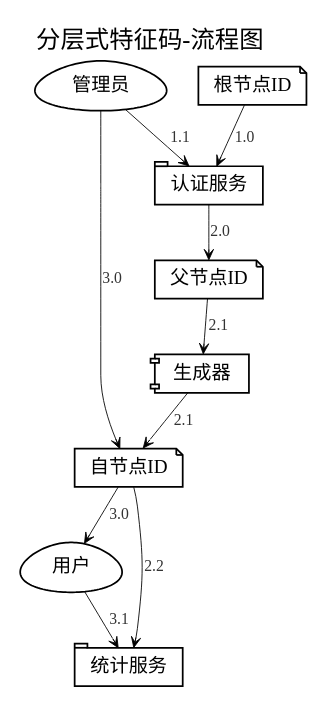
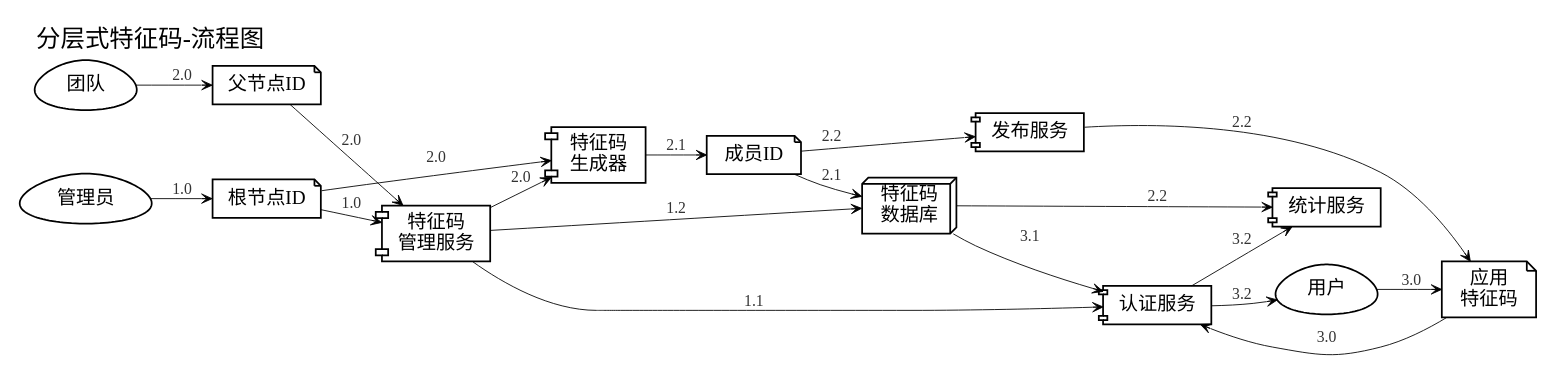
One commit to ZoomQuiet/zoomquiet.tangle changed the diagram in dot/drm4k/lb-uuid-levels.dot. Above: the diagram before and after it, drawn with Graphviz. The commit also changed 2 other files, not shown here.

```diff
--- a/dot/drm4k/lb-uuid-levels.dot
+++ b/dot/drm4k/lb-uuid-levels.dot
@@ -1,86 +1,98 @@
     /*生成命令:
-$ fdp -Tpng lb-uuid-levels.dot -o lb-lb-uuid-levels.png
+$ fdp -Tpng lb-uuid-levels.dot -o lb-uuid-levels.png
  -Tcmapx -o lb-crx-roles.map
     全局设定
     plaintext
 {{{#!GraphViz dot
     */
 
 digraph G4LBuuidLevels {
     /*全局设定*/
     graph [label="分层式特征码-流程图"
         ,fontsize=14.0
         ,fontname="WenQuanYi Micro Hei"
         ,labeljust="l",labelloc="t",center=1
         ,ranksep=0.3,center=1,ratio=compress
-        ,rankdir=TB
+        ,rankdir=LR
         ];
 
     node[fontsize=11.0,height=0.3
         ,fontname="WenQuanYi Micro Hei"
         ,shape=component 
         ];
 
     edge [fontsize=9.0,fontcolor="#333333"
         ,fontname="WenQuanYi Micro Hei"
         ,arrowsize=0.6,arrowhead=vee,arrowtail=none
         ,style="setlinewidth(0.5)"
         ];
 /*
     src [label="源码",shape=ellipse,style="filled,dashed,setlinewidth(5)"
         ,color="#333333",fillcolor=dimgray
         ,URL="http://code.google.com/p/zoomquiet/source/browse/dot/obp/csdndr1-km.dot?repo=tangle"];
     /*图元声明
     start       [label="流程开始/结束",shape=point];
     end         [label="",shape=doublecircle,fillcolor=red];
 
     box         [label="实体/对象",shape=box];
     ellipse     [label="行动/节点",shape=ellipse];
     egg         [label="用户/人物",shape=egg];
     plaintext   [label="状态/属性",shape=plaintext,fillcolor=whitesmoke];
     diamond     [label="判别",shape=diamond];
     note        [label="注释",shape=note];
     tab         [label="目录/模块",shape=tab];
     db          [label="数据库",shape=box3d];
     component   [label="主机/组件",shape=component];
   ,style="rounded,dotted"];
 */
 
     ADMIN [label="管理员",shape=egg];
+    TEAM [label="团队",shape=egg];
     USER [label="用户",shape=egg];
 
-    srvAC [label="认证服务",shape=tab];
+    codeSrv [label="特征码\n管理服务",shape=component];
+        codeDB [label="特征码\n数据库",shape=box3d];
+        srvPUB [label="发布服务",shape=component];
+        srvAC [label="认证服务",shape=component];
+        srvLOG [label="统计服务",shape=component];
+
+    GEN [label="特征码\n生成器",shape=component];
         rootID [label="根节点ID",shape=note];
-    srvLOG [label="统计服务",shape=tab];
-
-    GEN [label="生成器"];
         parentID [label="父节点ID",shape=note];
-        selfID [label="自节点ID",shape=note];
+        selfID [label="成员ID",shape=note];
+        urlID [label="应用\n特征码",shape=note];
 
     /*图例关系
     browser->srvAC->browser [label="1.0"];
     */
-    rootID->srvAC   [label="1.0"];
-    ADMIN->srvAC [label="1.1"];
+    ADMIN->rootID->codeSrv [label="1.0"];
+    codeSrv->srvAC [label="1.1"];
+    codeSrv->codeDB [label="1.2"];
 
-    srvAC->parentID    [label="2.0"];
-        parentID->GEN->selfID [label="2.1"];
-        selfID->srvLOG [label="2.2"];
+    TEAM->parentID->codeSrv [label="2.0"];
+        {codeSrv rootID}->GEN    [label="2.0"];
+        GEN->selfID->codeDB [label="2.1"];
+        selfID->srvPUB->urlID [label="2.2"];
+        codeDB->srvLOG [label="2.2"];
+
+    USER->urlID->srvAC [label="3.0"];
+    codeDB->srvAC [label="3.1"];
+    srvAC->{srvLOG USER} [label="3.2"];
+/*
+
 
     ADMIN->selfID->USER [label="3.0"];
         USER->srvLOG [label="3.1"];
-
-/*
     { rank=same; AC    srvAC; }
     { rank=same; COMM    commander; }
     { rank=same; DONE   uriStore; }
 
     AC[label="认证准备",shape=plaintext];
     COMM[label="推荐阶段",shape=plaintext];
     DONE[label="完成阶段",shape=plaintext];
     AC->COMM->DONE;
 */
 
     edge [style=invis];
 
 }
```
